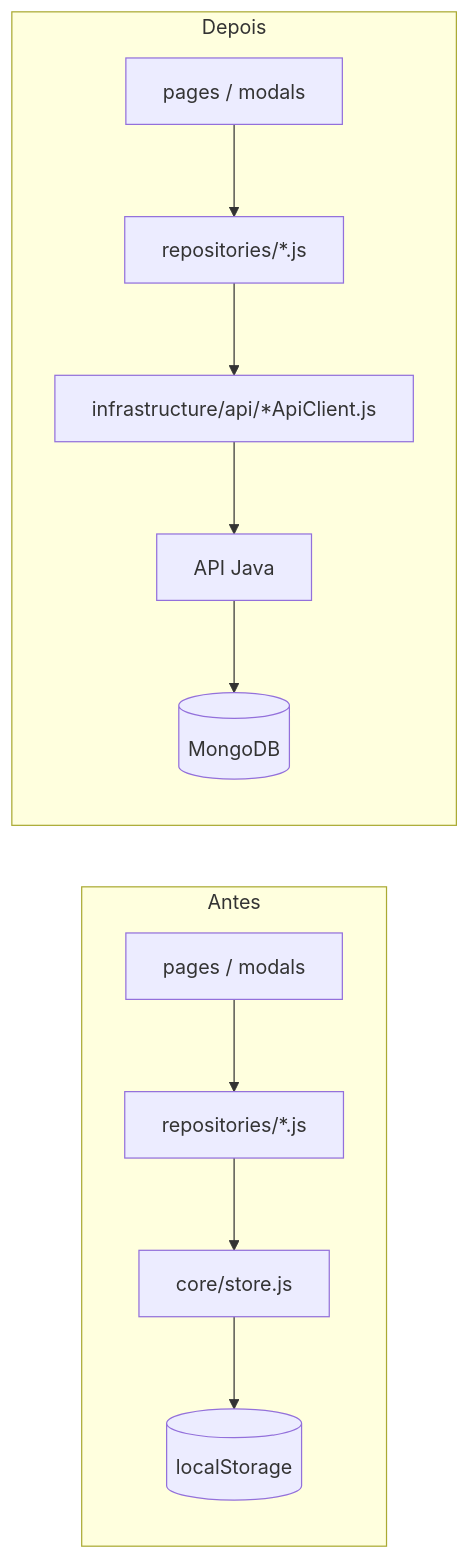
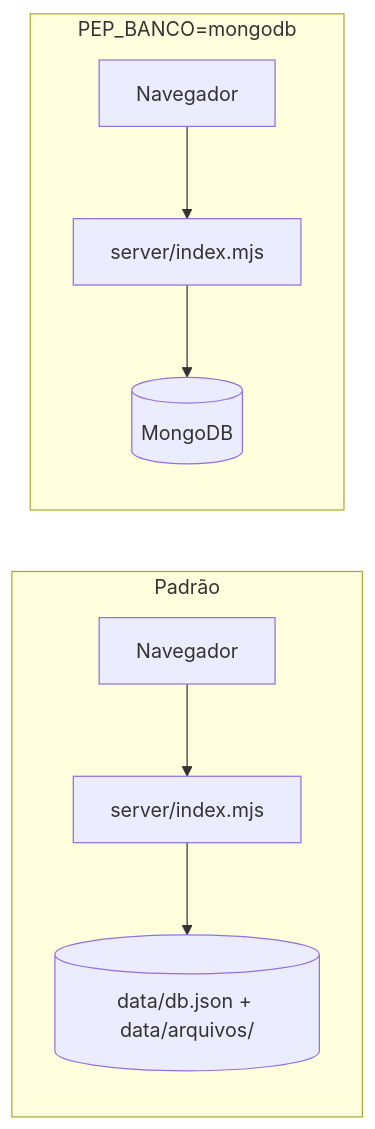
One commit to RafaelNazareth/prontuario changed the diagram in docs/MIGRATION_GUIDE.md. Above: the diagram before and after it, drawn with Mermaid. The commit also changed other lines of this file and 69 other files, not shown here.

First line of the commit message:
Versão 1.2: agenda do técnico, arquivos reais, usuários, MongoDB e acesso temporário do paciente

````diff
--- a/docs/MIGRATION_GUIDE.md
+++ b/docs/MIGRATION_GUIDE.md
@@ -9,9 +5,9 @@
 ```mermaid
 flowchart LR
-    subgraph Antes
-        UI1[pages / modals] --> R1[repositories/*.js] --> Store[core/store.js] --> LS[(localStorage)]
+    subgraph Hoje [Padrão]
+        UI1[Navegador] --> S1[server/index.mjs] --> J[(data/db.json + data/arquivos/)]
     end
-    subgraph Depois
-        UI2[pages / modals] --> R2[repositories/*.js] --> API[infrastructure/api/*ApiClient.js] --> Backend[API Java] --> Mongo[(MongoDB)]
+    subgraph Depois [PEP_BANCO=mongodb]
+        UI2[Navegador] --> S2[server/index.mjs] --> M[(MongoDB)]
     end
 ```
````
